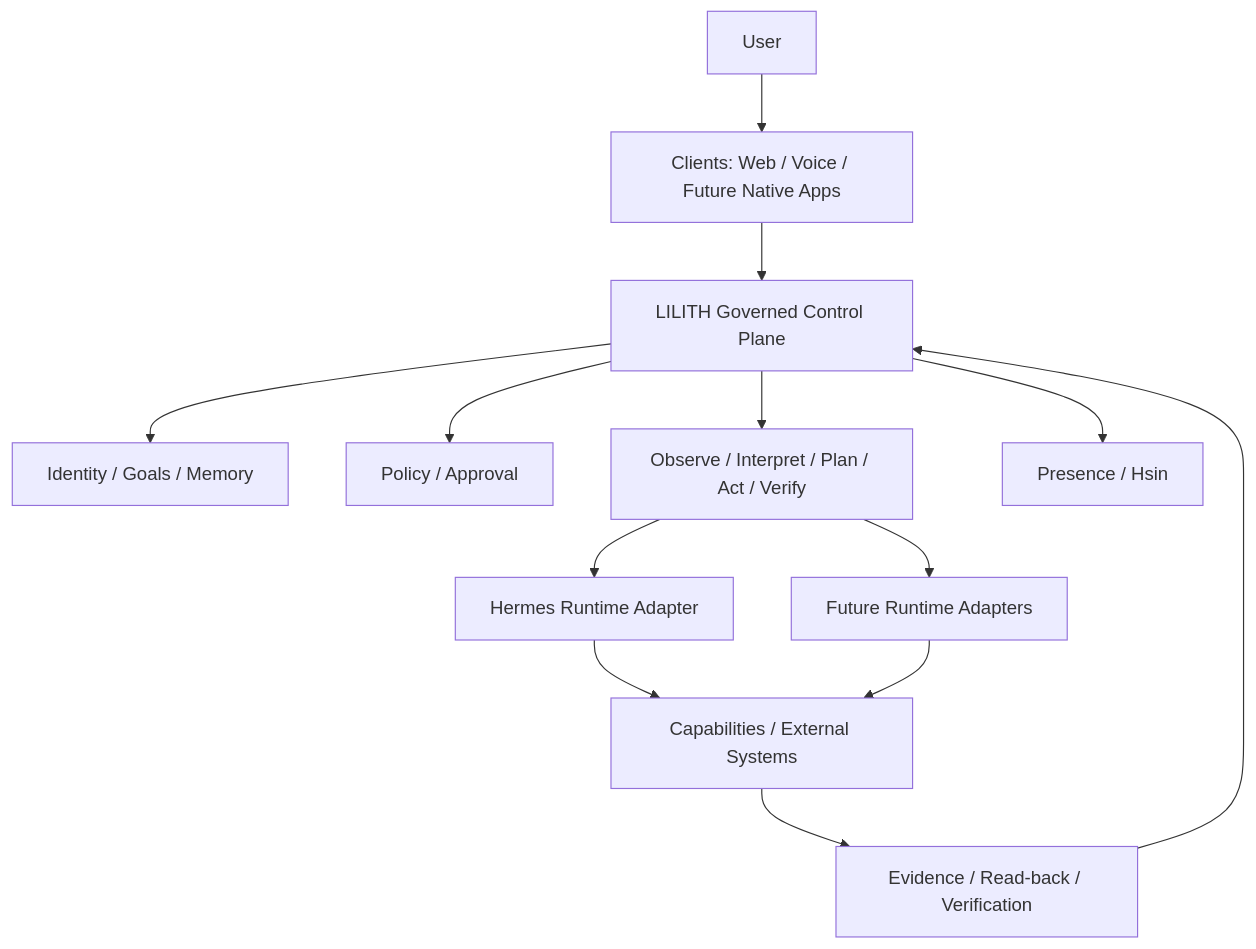
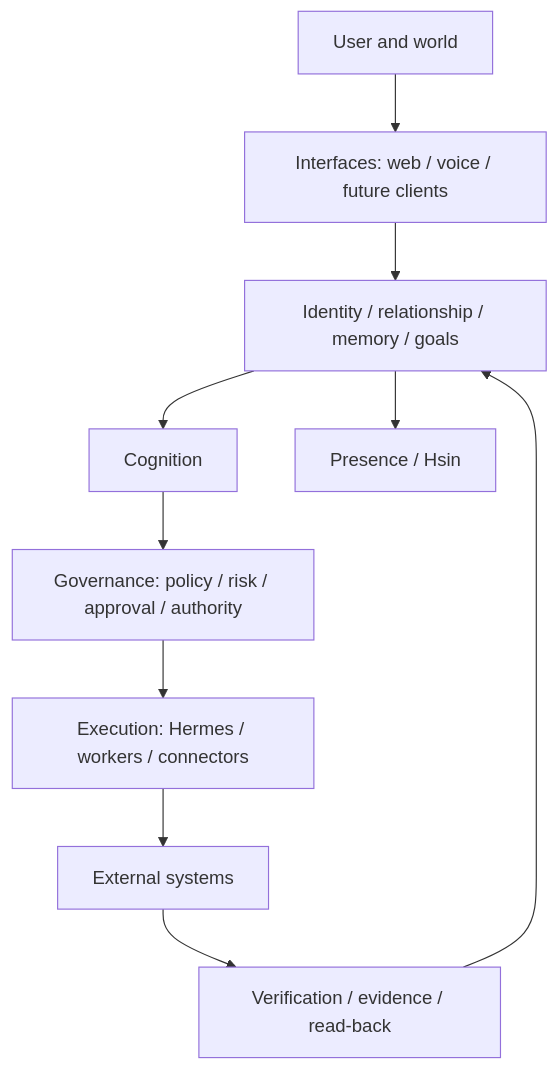
Before and after one commit to rpahasara/lilith-os: the diagram in README.md, drawn with Mermaid. The commit also changed other lines of this file, not shown here.

````diff
--- a/README.md
+++ b/README.md
@@ -79,20 +104,12 @@
 ```mermaid
 flowchart TD
-    U[User] --> C[Clients: Web / Voice / Future Native Apps]
-    C --> L[LILITH Governed Control Plane]
-
-    L --> I[Identity / Goals / Memory]
-    L --> P[Policy / Approval]
-    L --> O[Observe / Interpret / Plan / Act / Verify]
-
-    O --> H[Hermes Runtime Adapter]
-    O --> R[Future Runtime Adapters]
-
-    H --> T[Capabilities / External Systems]
-    R --> T
-
-    T --> V[Evidence / Read-back / Verification]
-    V --> L
-
-    L --> HS[Presence / Hsin]
+    U[User and world] --> X[Interfaces: web / voice / future clients]
+    X --> S[Identity / relationship / memory / goals]
+    S --> C[Cognition]
+    C --> G[Governance: policy / risk / approval / authority]
+    G --> E[Execution: Hermes / workers / connectors]
+    E --> W[External systems]
+    W --> V[Verification / evidence / read-back]
+    V --> S
+    S --> P[Presence / Hsin]
 ```
````
